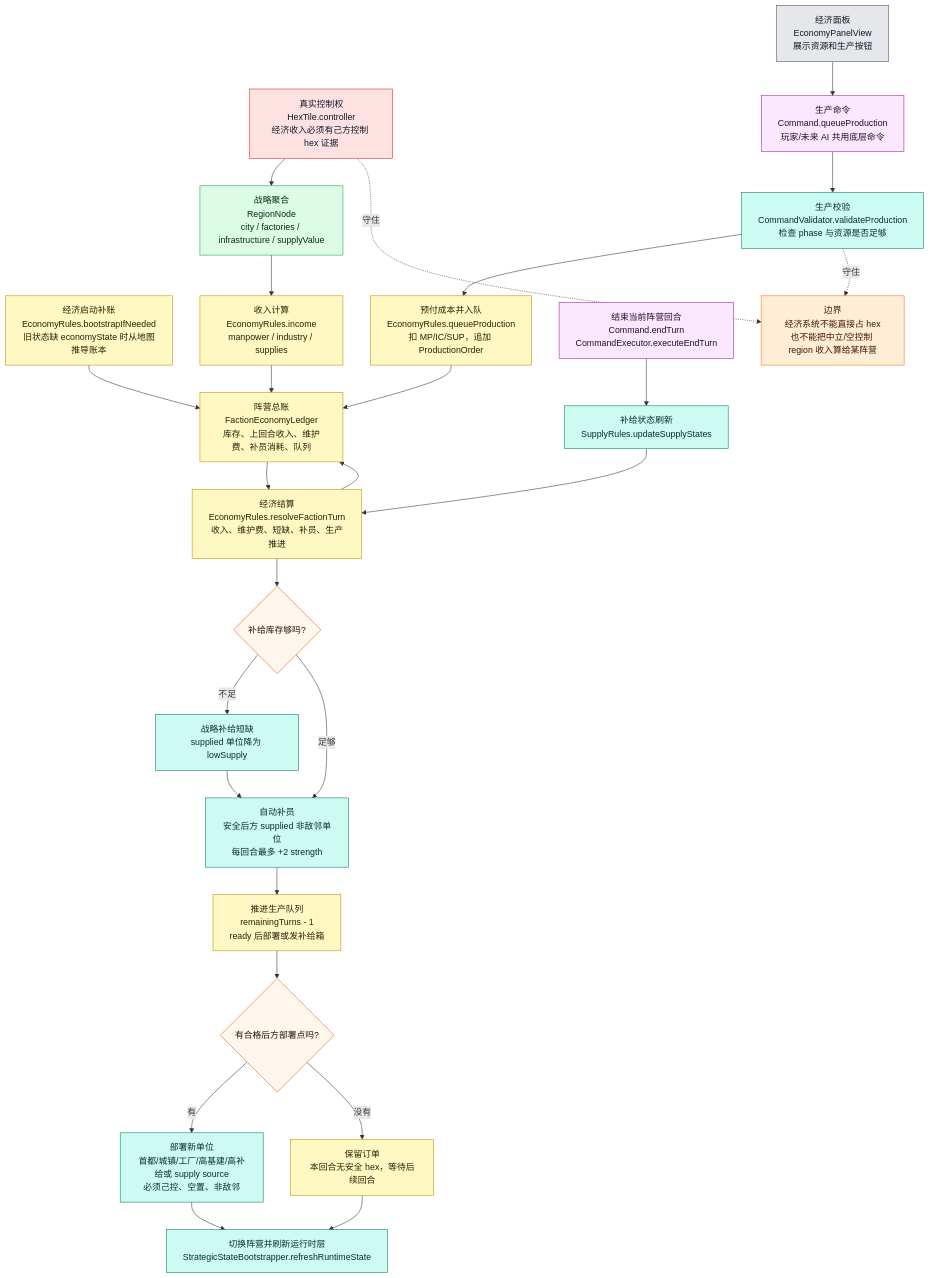
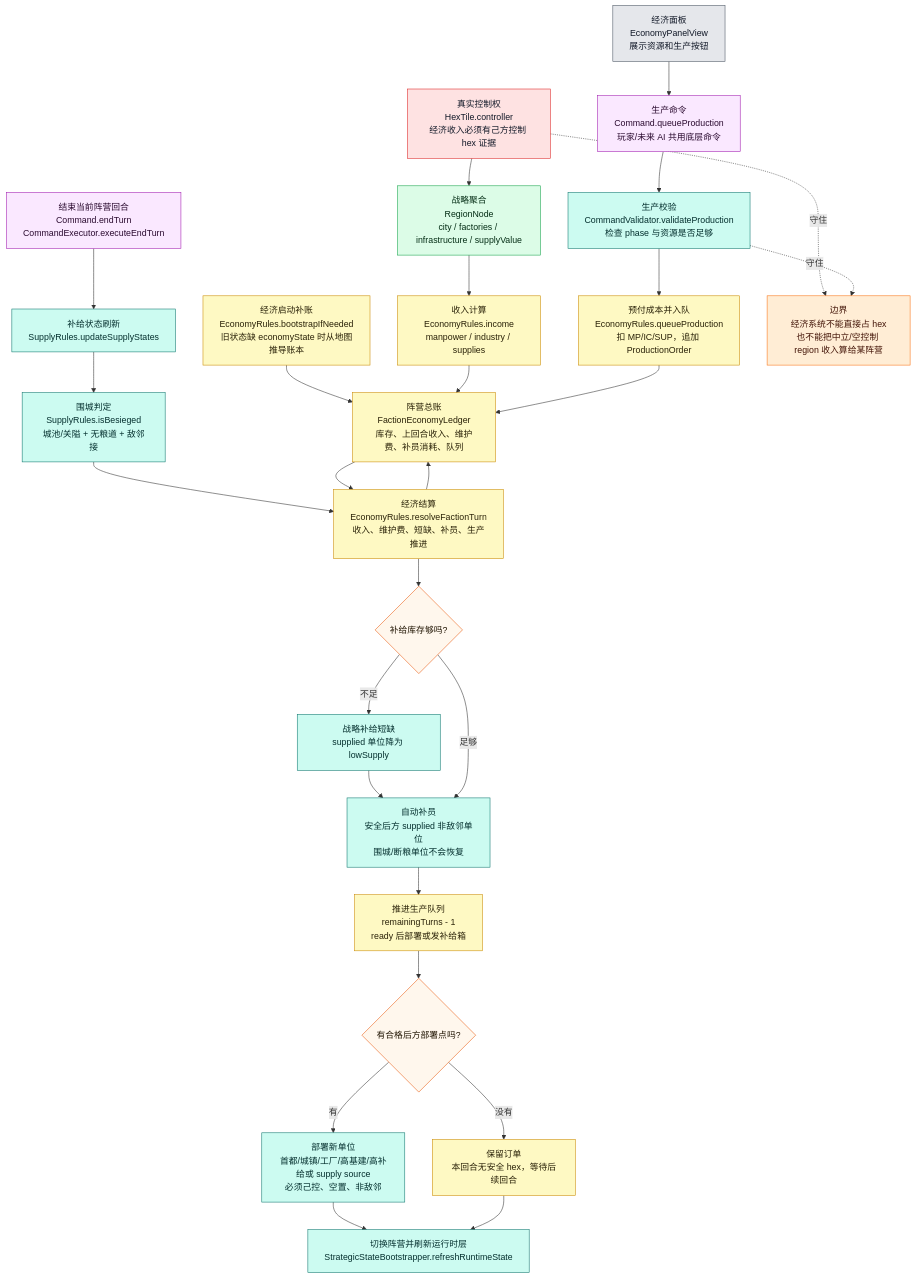
One commit to Altman-sam114/121 changed the third of 9 diagrams in md/flow/flowchart.md. Above: the diagram before and after it, drawn with Mermaid. The commit also changed other lines of this file and 8 other files, not shown here.

Commit message:
feat(rules): add siege supply pressure

````diff
--- a/md/flow/flowchart.md
+++ b/md/flow/flowchart.md
@@ -179,51 +180,52 @@
 ```mermaid
 flowchart TD
     BOOT["经济启动补账<br/>EconomyRules.bootstrapIfNeeded<br/>旧状态缺 economyState 时从地图推导账本"]:::economy
     HEX["真实控制权<br/>HexTile.controller<br/>经济收入必须有己方控制 hex 证据"]:::authority
     REGION["战略聚合<br/>RegionNode<br/>city / factories / infrastructure / supplyValue"]:::derived
     INCOME["收入计算<br/>EconomyRules.income<br/>manpower / industry / supplies"]:::economy
     LEDGER["阵营总账<br/>FactionEconomyLedger<br/>库存、上回合收入、维护费、补员消耗、队列"]:::economy
 
     UI["经济面板<br/>EconomyPanelView<br/>展示资源和生产按钮"]:::ui
     QUEUE["生产命令<br/>Command.queueProduction<br/>玩家/未来 AI 共用底层命令"]:::command
     VALIDATE["生产校验<br/>CommandValidator.validateProduction<br/>检查 phase 与资源是否足够"]:::rules
     PAY["预付成本并入队<br/>EconomyRules.queueProduction<br/>扣 MP/IC/SUP，追加 ProductionOrder"]:::economy
 
     END["结束当前阵营回合<br/>Command.endTurn<br/>CommandExecutor.executeEndTurn"]:::command
     SUPPLY["补给状态刷新<br/>SupplyRules.updateSupplyStates"]:::rules
+    SIEGE["围城判定<br/>SupplyRules.isBesieged<br/>城池/关隘 + 无粮道 + 敌邻接"]:::rules
     RESOLVE["经济结算<br/>EconomyRules.resolveFactionTurn<br/>收入、维护费、短缺、补员、生产推进"]:::economy
     SHORT{"补给库存够吗?"}:::decision
     LOW["战略补给短缺<br/>supplied 单位降为 lowSupply"]:::rules
-    REINF["自动补员<br/>安全后方 supplied 非敌邻单位<br/>每回合最多 +2 strength"]:::rules
+    REINF["自动补员<br/>安全后方 supplied 非敌邻单位<br/>围城/断粮单位不会恢复"]:::rules
     PROD["推进生产队列<br/>remainingTurns - 1<br/>ready 后部署或发补给箱"]:::economy
     DEPLOY{"有合格后方部署点吗?"}:::decision
     SPAWN["部署新单位<br/>首都/城镇/工厂/高基建/高补给或 supply source<br/>必须己控、空置、非敌邻"]:::rules
     WAIT["保留订单<br/>本回合无安全 hex，等待后续回合"]:::economy
     NEXT["切换阵营并刷新运行时层<br/>StrategicStateBootstrapper.refreshRuntimeState"]:::rules
 
     BOOT --> LEDGER
     HEX --> REGION --> INCOME --> LEDGER
     UI --> QUEUE --> VALIDATE --> PAY --> LEDGER
-    END --> SUPPLY --> RESOLVE
+    END --> SUPPLY --> SIEGE --> RESOLVE
     LEDGER --> RESOLVE
     RESOLVE --> SHORT
     SHORT -->|不足| LOW --> REINF
     SHORT -->|足够| REINF
     REINF --> PROD --> DEPLOY
     DEPLOY -->|有| SPAWN --> NEXT
     DEPLOY -->|没有| WAIT --> NEXT
     RESOLVE --> LEDGER
 
     WARN["边界<br/>经济系统不能直接占 hex<br/>也不能把中立/空控制 region 收入算给某阵营"]:::warn
     HEX -.守住.-> WARN
     VALIDATE -.守住.-> WARN
 
     classDef authority fill:#fee2e2,stroke:#dc2626,color:#111827
     classDef derived fill:#dcfce7,stroke:#16a34a,color:#052e16
     classDef economy fill:#fef9c3,stroke:#ca8a04,color:#292107
     classDef command fill:#fae8ff,stroke:#a21caf,color:#2a0a2f
     classDef rules fill:#ccfbf1,stroke:#0f766e,color:#042f2e
     classDef decision fill:#fff7ed,stroke:#ea580c,color:#1f1300
     classDef ui fill:#e5e7eb,stroke:#4b5563,color:#111827
     classDef warn fill:#ffedd5,stroke:#f97316,color:#431407
 ```
````
